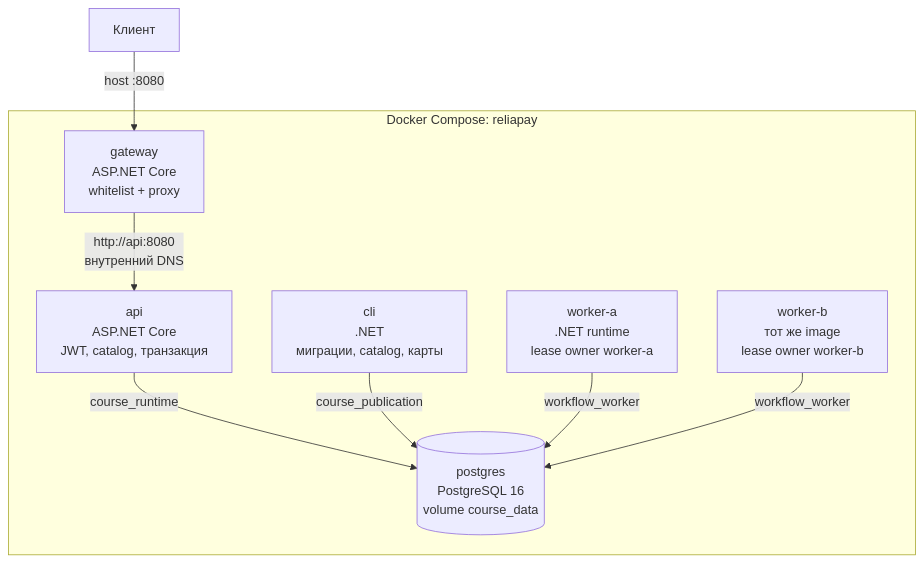
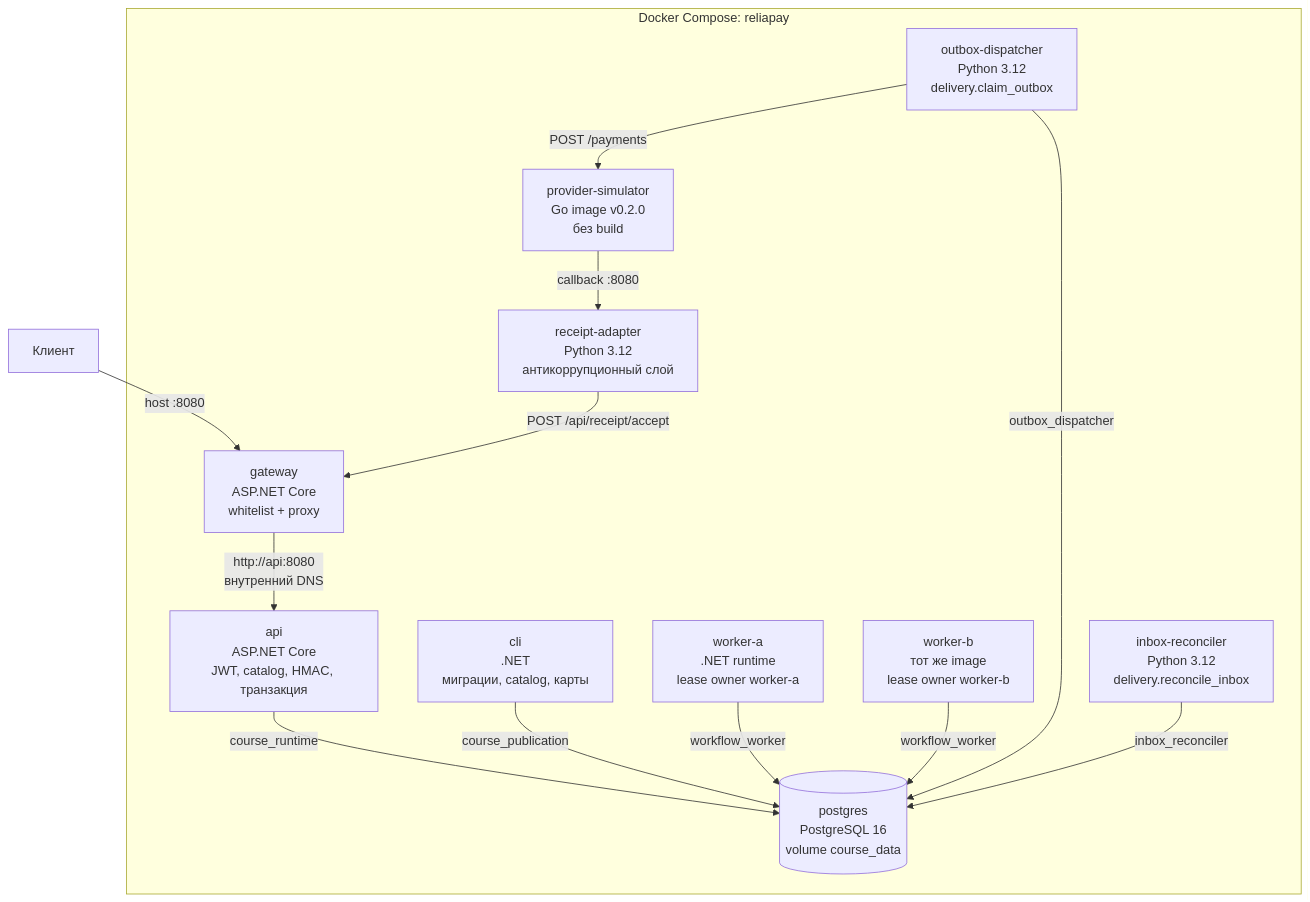
One commit to simbarilion/ReliaPay changed the second of 2 diagrams in docs/c4-containers.md. Above: the diagram before and after it, drawn with Mermaid. The commit also changed other lines of this file and 5 other files, not shown here.

````diff
--- a/docs/c4-containers.md
+++ b/docs/c4-containers.md
@@ -28,20 +32,29 @@
 ```mermaid
 flowchart TB
   client["Клиент"]
 
   subgraph compose["Docker Compose: reliapay"]
     gw["gateway<br/>ASP.NET Core<br/>whitelist + proxy"]
-    api["api<br/>ASP.NET Core<br/>JWT, catalog, транзакция"]
+    api["api<br/>ASP.NET Core<br/>JWT, catalog, HMAC, транзакция"]
     cli["cli<br/>.NET<br/>миграции, catalog, карты"]
     wa["worker-a<br/>.NET runtime<br/>lease owner worker-a"]
     wb["worker-b<br/>тот же image<br/>lease owner worker-b"]
+    dispatcher["outbox-dispatcher<br/>Python 3.12<br/>delivery.claim_outbox"]
+    adapter["receipt-adapter<br/>Python 3.12<br/>антикоррупционный слой"]
+    reconciler["inbox-reconciler<br/>Python 3.12<br/>delivery.reconcile_inbox"]
+    provider["provider-simulator<br/>Go image v0.2.0<br/>без build"]
     pg[("postgres<br/>PostgreSQL 16<br/>volume course_data")]
   end
 
   client -->|"host :8080"| gw
   gw -->|"http://api:8080<br/>внутренний DNS"| api
   api -->|"course_runtime"| pg
   cli -->|"course_publication"| pg
   wa -->|"workflow_worker"| pg
   wb -->|"workflow_worker"| pg
+  dispatcher -->|"outbox_dispatcher"| pg
+  dispatcher -->|"POST /payments"| provider
+  provider -->|"callback :8080"| adapter
+  adapter -->|"POST /api/receipt/accept"| gw
+  reconciler -->|"inbox_reconciler"| pg
 ```
````
